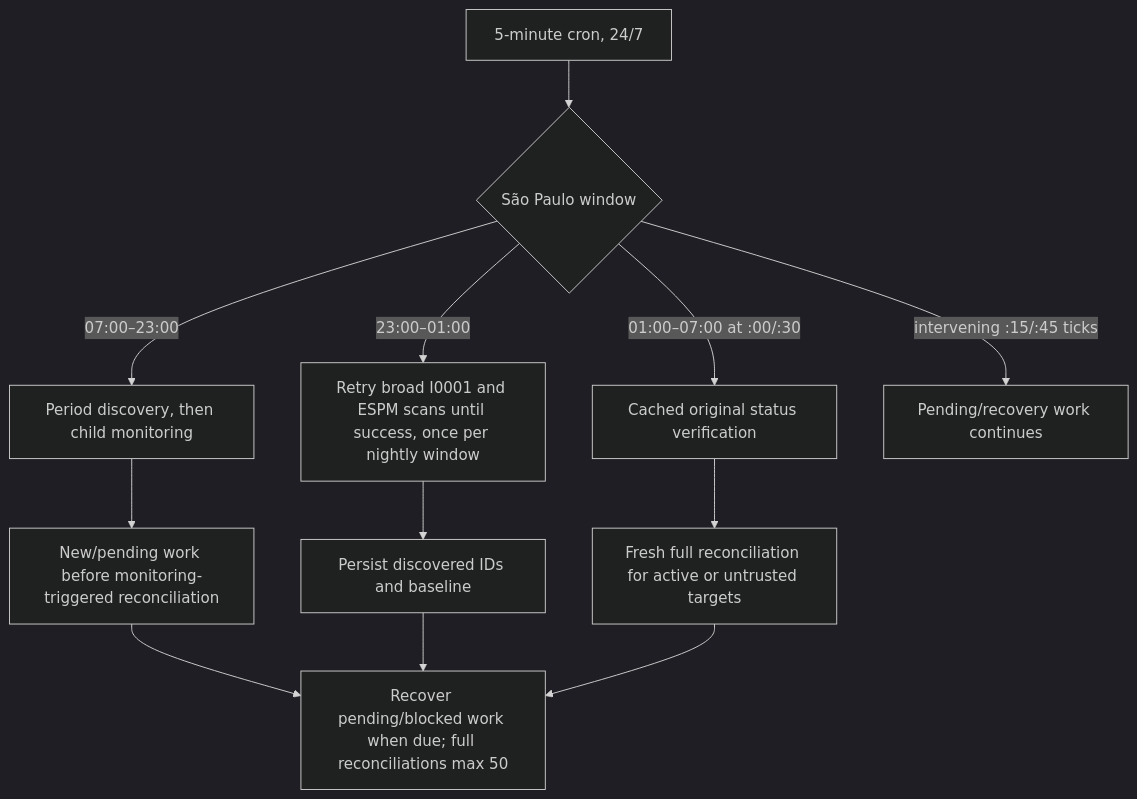
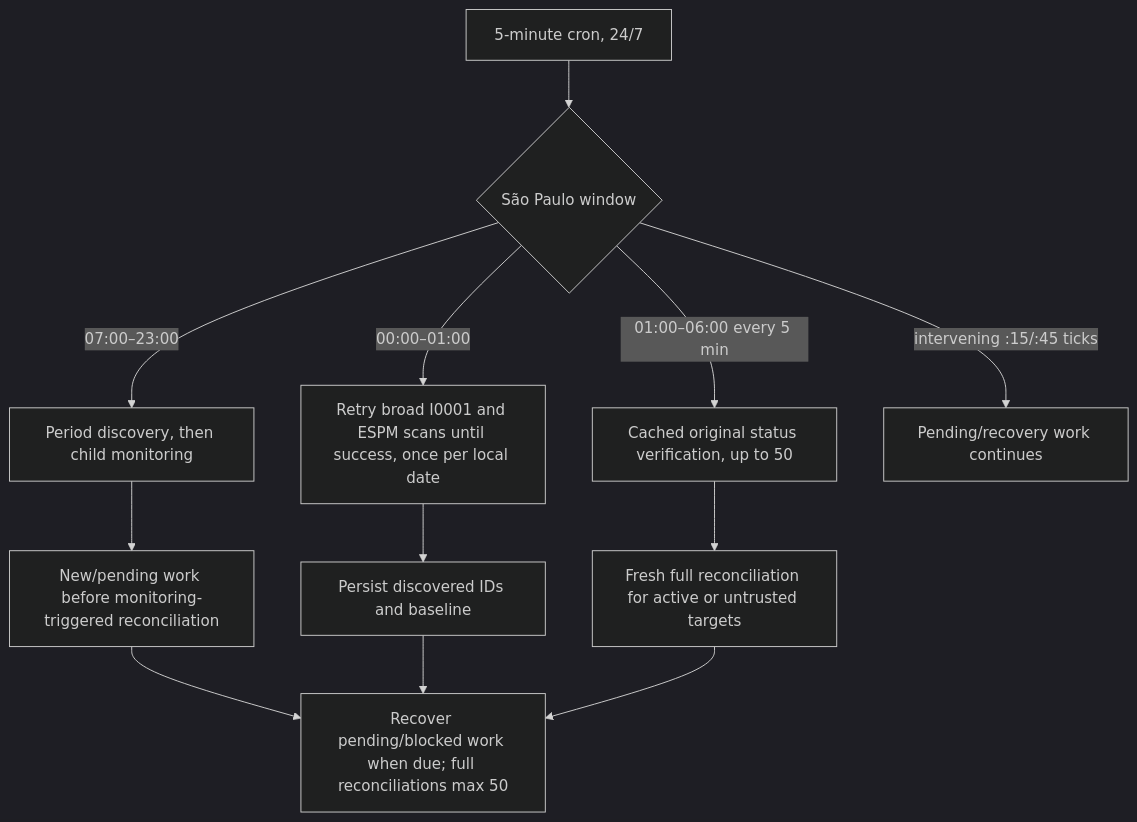
One commit to lmssandbox-dev/section-association-fix changed the diagram in TECHNICAL.md. Above: the diagram before and after it, drawn with Mermaid (dark theme). The commit also changed other lines of this file and 17 other files, not shown here.

````diff
--- a/TECHNICAL.md
+++ b/TECHNICAL.md
@@ -60,14 +62,14 @@
 ```mermaid
 flowchart TD
   A[5-minute cron, 24/7] --> B{São Paulo window}
   B -- 07:00–23:00 --> C[Period discovery, then child monitoring]
-  B -- 23:00–01:00 --> D[Retry broad I0001 and ESPM scans until success, once per nightly window]
-  B -- 01:00–07:00 at :00/:30 --> E[Cached original status verification]
+  B -- 00:00–01:00 --> D[Retry broad I0001 and ESPM scans until success, once per local date]
+  B -- 01:00–06:00 every 5 min --> E[Cached original status verification, up to 50]
   B -- intervening :15/:45 ticks --> F[Pending/recovery work continues]
   C --> G[New/pending work before monitoring-triggered reconciliation]
   D --> H[Persist discovered IDs and baseline]
   E --> I[Fresh full reconciliation for active or untrusted targets]
   G --> J[Recover pending/blocked work when due; full reconciliations max 50]
   H --> J
   I --> J
 ```
````
